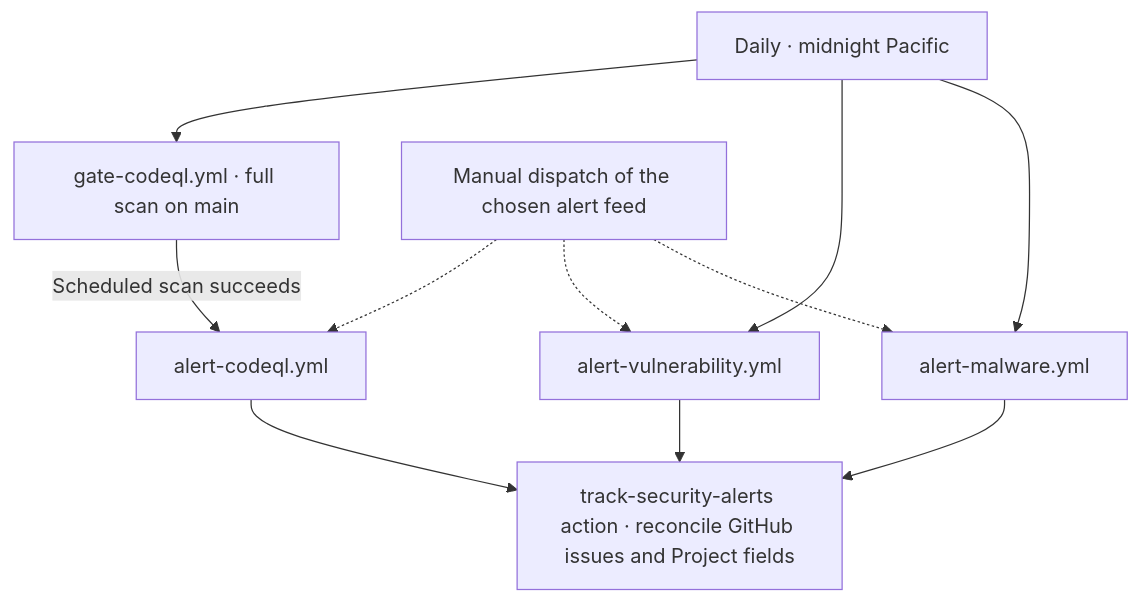
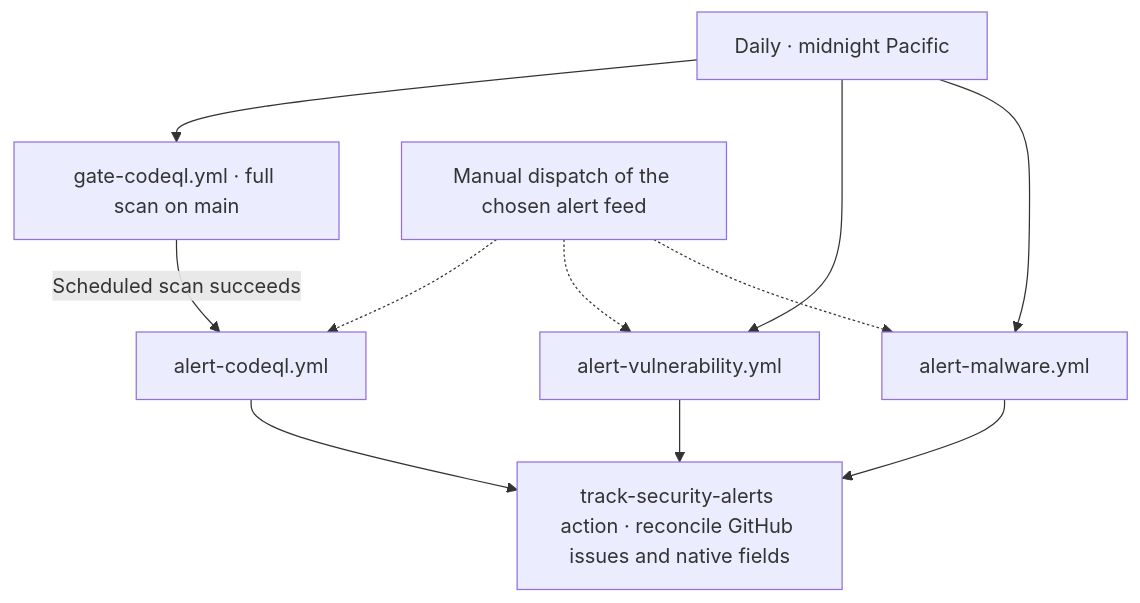
The third of 4 diagrams in .github/workflows/README.md (VanillaIceCube/JudeAndrewAlabaInfrastructure), drawn with Mermaid before and after one commit. The commit also changed other lines of this file and 12 other files, not shown here.

Commit message:
Track security alerts in native GitHub Issues

````diff
--- a/.github/workflows/README.md
+++ b/.github/workflows/README.md
@@ -79,9 +79,9 @@
 ```mermaid
 flowchart TD
     D["Daily · midnight Pacific"] --> Q["gate-codeql.yml · full scan on main"]
     Q -->|"Scheduled scan succeeds"| C["alert-codeql.yml"]
     D --> V["alert-vulnerability.yml"]
     D --> M["alert-malware.yml"]
     MANUAL["Manual dispatch of the chosen alert feed"] -.-> C & V & M
-    C & V & M --> P["track-security-alerts action · reconcile GitHub issues and Project fields"]
+    C & V & M --> P["track-security-alerts action · reconcile GitHub issues and native fields"]
 ```
````
